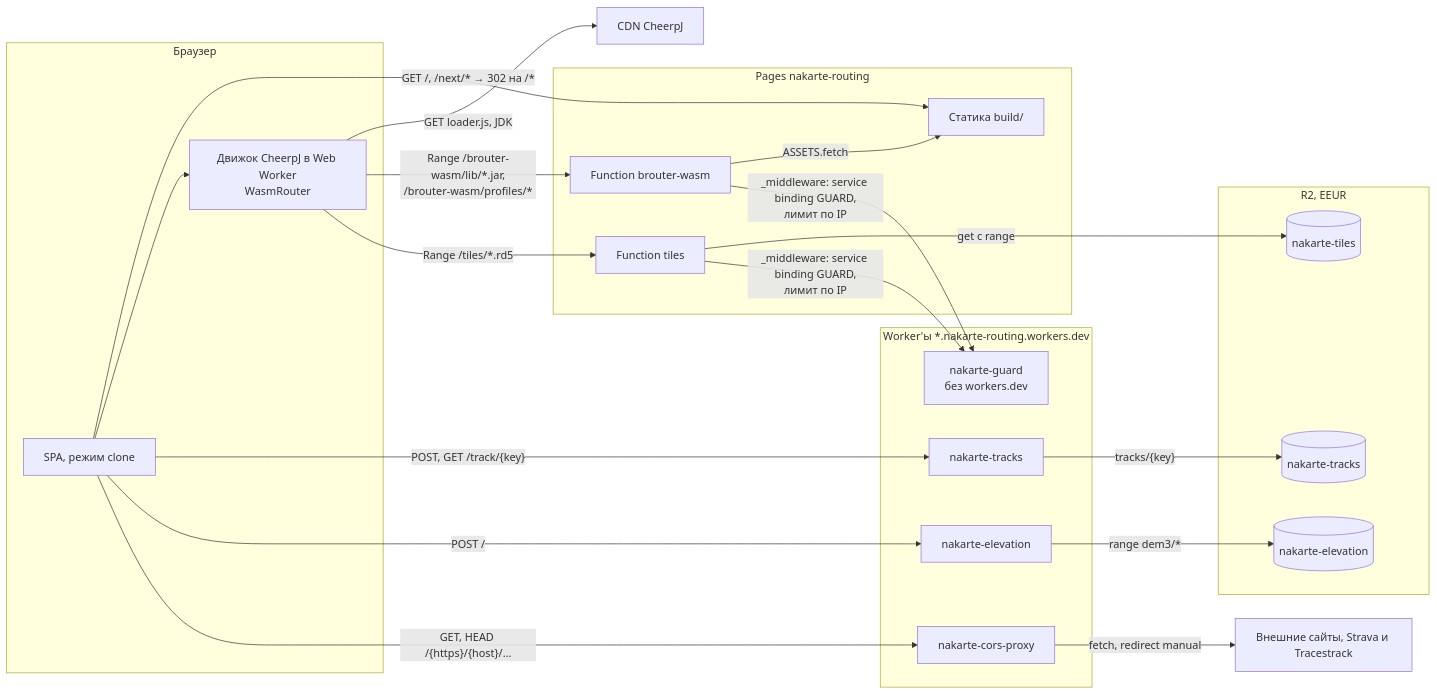
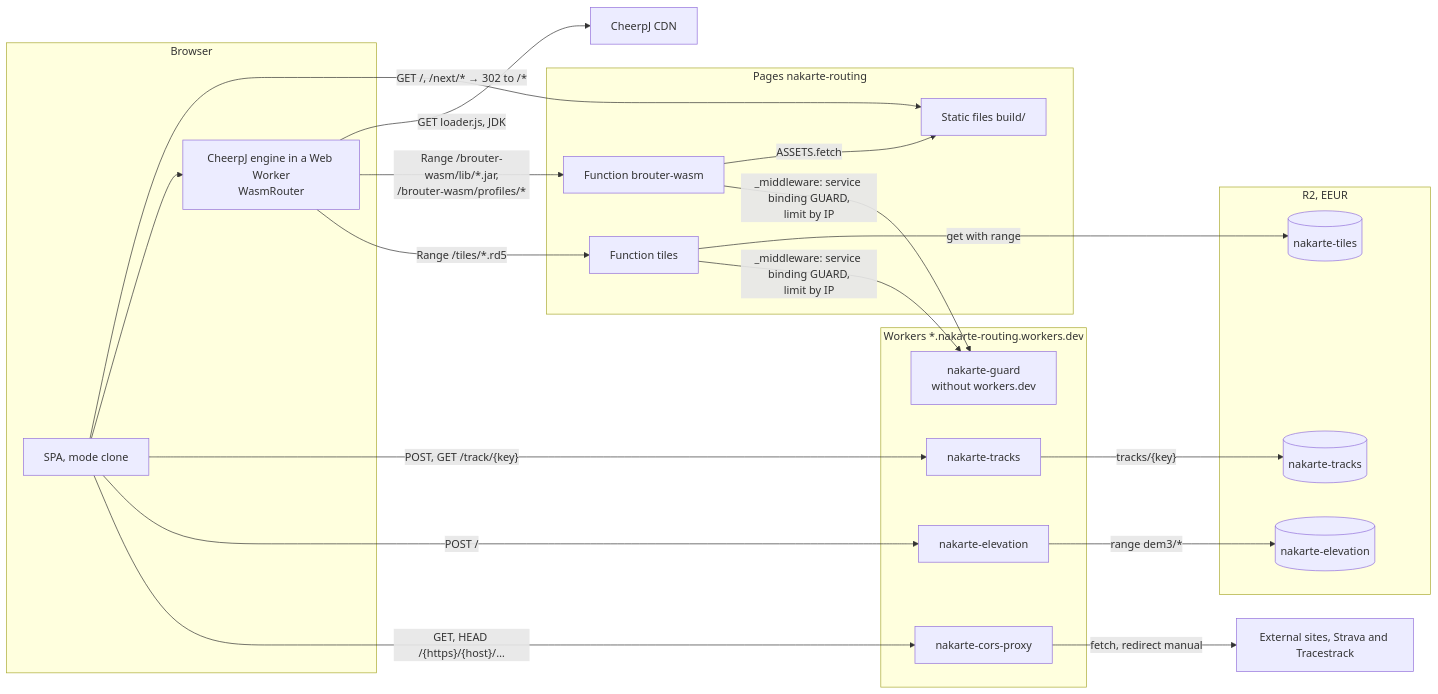
One commit to sergeycw/nakarte changed the second of 3 diagrams in docs/architecture/README.md. Above: the diagram before and after it, drawn with Mermaid. The commit also changed other lines of this file and 11 other files, not shown here.

````diff
--- a/docs/architecture/README.md
+++ b/docs/architecture/README.md
@@ -88,44 +88,44 @@
 ```mermaid
 flowchart LR
-    subgraph browser["Браузер"]
-        spa["SPA, режим clone"]
-        engine["Движок CheerpJ в Web Worker<br/>WasmRouter"]
+    subgraph browser["Browser"]
+        spa["SPA, mode clone"]
+        engine["CheerpJ engine in a Web Worker<br/>WasmRouter"]
     end
 
     subgraph pages["Pages nakarte-routing"]
-        static["Статика build/"]
+        static["Static files build/"]
         fwasm["Function brouter-wasm"]
         ftiles["Function tiles"]
     end
 
-    subgraph workers["Worker'ы *.nakarte-routing.workers.dev"]
+    subgraph workers["Workers *.nakarte-routing.workers.dev"]
         proxy["nakarte-cors-proxy"]
         tracks["nakarte-tracks"]
         elev["nakarte-elevation"]
-        guard["nakarte-guard<br/>без workers.dev"]
+        guard["nakarte-guard<br/>without workers.dev"]
     end
 
     subgraph r2["R2, EEUR"]
         r2tiles[("nakarte-tiles")]
         r2tracks[("nakarte-tracks")]
         r2elev[("nakarte-elevation")]
     end
 
-    cdn["CDN CheerpJ"]
-    ext["Внешние сайты, Strava и Tracestrack"]
+    cdn["CheerpJ CDN"]
+    ext["External sites, Strava and Tracestrack"]
 
-    spa -->|"GET /, /next/* → 302 на /*"| static
+    spa -->|"GET /, /next/* → 302 to /*"| static
     spa --> engine
     engine -->|"GET loader.js, JDK"| cdn
     engine -->|"Range /brouter-wasm/lib/*.jar,<br/>/brouter-wasm/profiles/*"| fwasm
     fwasm -->|"ASSETS.fetch"| static
     engine -->|"Range /tiles/*.rd5"| ftiles
-    ftiles -->|"get с range"| r2tiles
-    fwasm & ftiles -->|"_middleware: service binding GUARD,<br/>лимит по IP"| guard
+    ftiles -->|"get with range"| r2tiles
+    fwasm & ftiles -->|"_middleware: service binding GUARD,<br/>limit by IP"| guard
     spa -->|"POST, GET /track/{key}"| tracks
     tracks -->|"tracks/{key}"| r2tracks
     spa -->|"POST /"| elev
     elev -->|"range dem3/*"| r2elev
     spa -->|"GET, HEAD /{https}/{host}/…"| proxy
     proxy -->|"fetch, redirect manual"| ext
 ```
````
